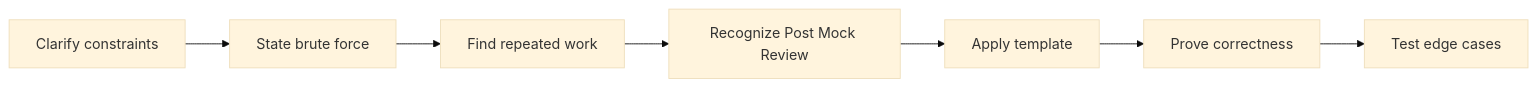
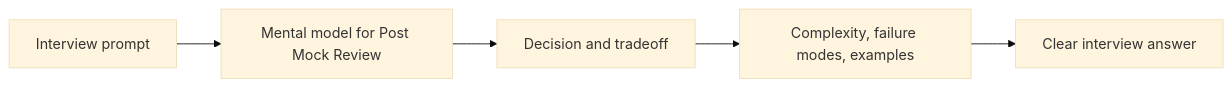
Before and after one commit to abstractinterviews/abstractinterviews.github.io: the second of 2 diagrams in coding-round/mock-interviews/post-mock-review/index.md, drawn with Mermaid (base theme). The commit also changed other lines of this file and 278 other files, not shown here.

````diff
--- a/coding-round/mock-interviews/post-mock-review/index.md
+++ b/coding-round/mock-interviews/post-mock-review/index.md
@@ -123,9 +121,7 @@
-~~~mermaid
+```mermaid
 flowchart LR
-    A["Clarify constraints"] --> B["State brute force"]
-    B --> C["Find repeated work"]
-    C --> D["Recognize Post Mock Review"]
-    D --> E["Apply template"]
-    E --> F["Prove correctness"]
-    F --> G["Test edge cases"]
-~~~
+    Problem["Interview prompt"] --> Model["Mental model for Post Mock Review"]
+    Model --> Choice["Decision and tradeoff"]
+    Choice --> Evidence["Complexity, failure modes, examples"]
+    Evidence --> Answer["Clear interview answer"]
+```
````
